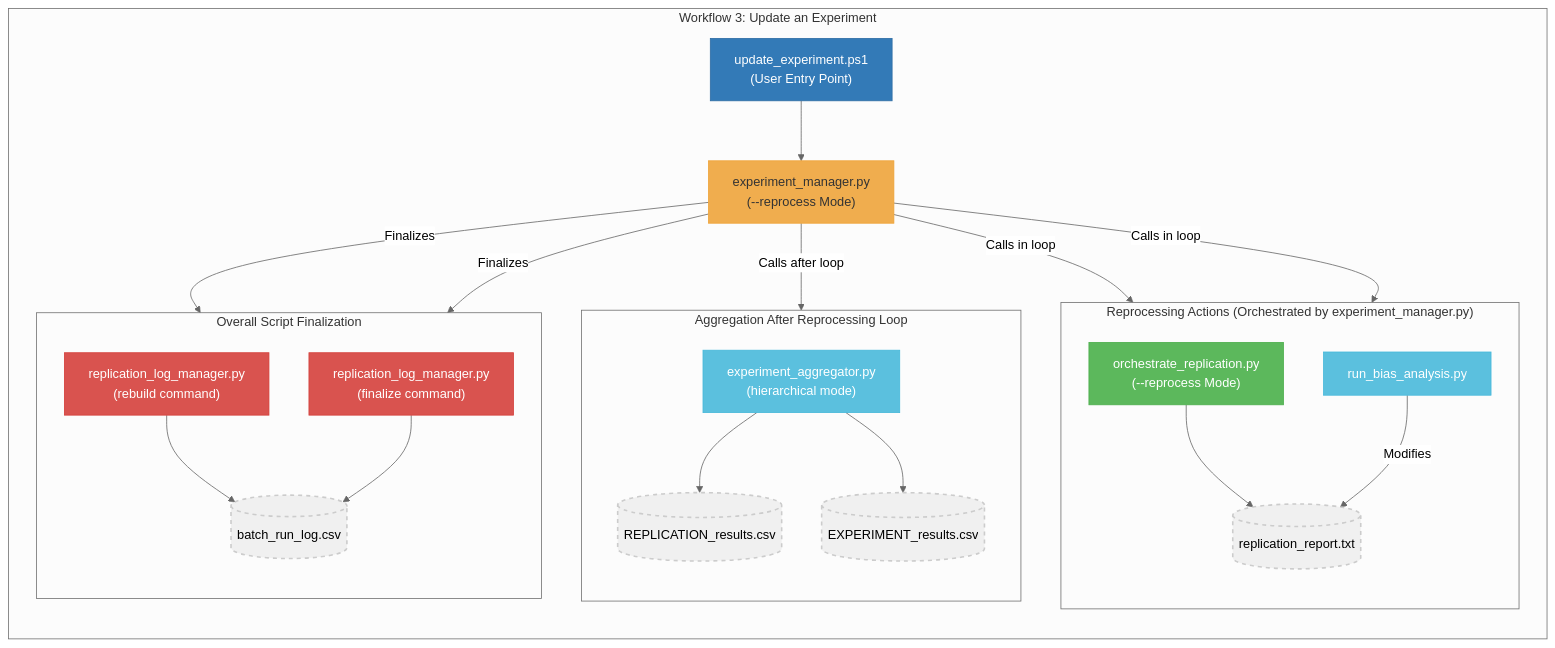
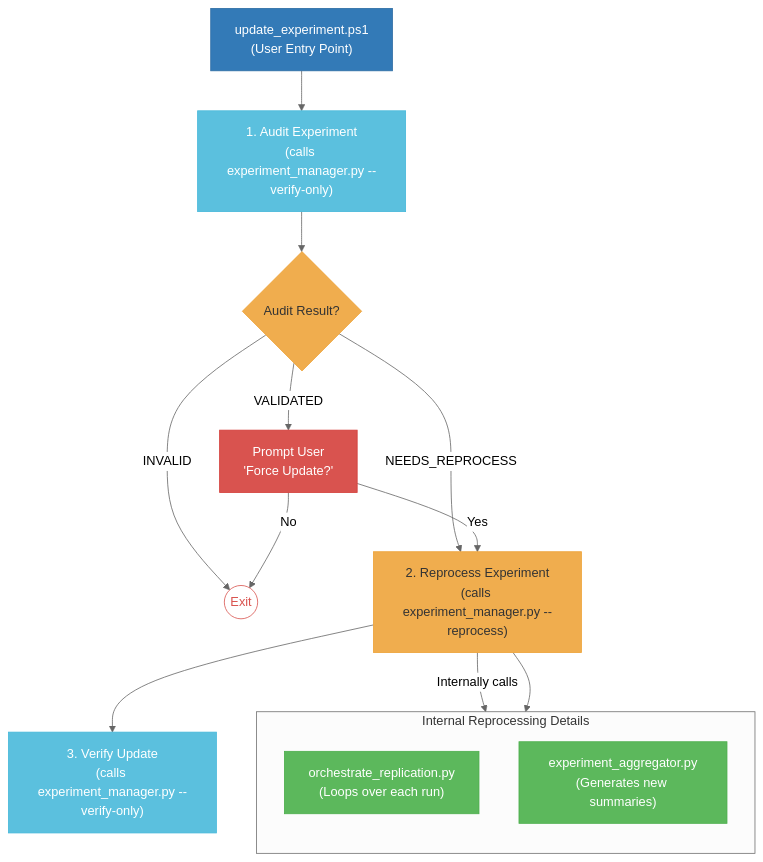
The diagram in docs/diagrams/architecture_workflow_3_update_experiment.mmd (peterjmarko/llm-narrative-framework), drawn with Mermaid (neutral theme) before and after one commit. The commit also changed 12 other files, not shown here.

```diff
--- a/docs/diagrams/architecture_workflow_3_update_experiment.mmd
+++ b/docs/diagrams/architecture_workflow_3_update_experiment.mmd
@@ -1,67 +1,45 @@
 graph TD
-    %% 1. Define all nodes first
+    %% 1. Nodes
     EntryPointPS["update_experiment.ps1<br/>(User Entry Point)"]:::entry_ps
-    EntryPointPy["experiment_manager.py<br/>(--reprocess Mode)"]:::entry_py
+    PreAudit["1. Audit Experiment<br/>(calls experiment_manager.py --verify-only)"]:::script
+    Decision{Audit Result?}:::decision
+    Prompt["Prompt User<br/>'Force Update?'"]:::user_interaction
+    Stop((Exit)):::stop_node
     
-    Orchestrate["orchestrate_replication.py<br/>(--reprocess Mode)"]:::layer_green
-    ReplicationReport[("replication_report.txt")]:::artifact
-    BiasAnalysis["run_bias_analysis.py"]:::script
+    Reprocess["2. Reprocess Experiment<br/>(calls experiment_manager.py --reprocess)"]:::entry_py
     
-    AggregatorInternal["experiment_aggregator.py<br/>(hierarchical mode)"]:::script
-    ReplResults[("REPLICATION_results.csv")]:::artifact
-    ExpResults[("EXPERIMENT_results.csv")]:::artifact
+    PostAudit["3. Verify Update<br/>(calls experiment_manager.py --verify-only)"]:::script
 
-    LogManagerRebuild["replication_log_manager.py<br/>(rebuild command)"]:::danger
-    LogManagerFinalize["replication_log_manager.py<br/>(finalize command)"]:::danger
-    BatchRunLog[("batch_run_log.csv")]:::artifact
+    %% Details of reprocessing, shown as a separate conceptual block
+    subgraph "Internal Reprocessing Details"
+      direction TB
+      Orchestrate["orchestrate_replication.py<br/>(Loops over each run)"]:::layer_green
+      Aggregator["experiment_aggregator.py<br/>(Generates new summaries)"]:::layer_green
+    end
+    
+    %% 2. Connections
+    EntryPointPS --> PreAudit
+    PreAudit --> Decision
+    
+    Decision -- "VALIDATED" --> Prompt
+    Decision -- "NEEDS_REPROCESS" --> Reprocess
+    Decision -- "INVALID" --> Stop
+    
+    Prompt -- "Yes" --> Reprocess
+    Prompt -- "No" --> Stop
+    
+    Reprocess -- "Internally calls" --> Orchestrate
+    Reprocess -- " " --> Aggregator
+    
+    Reprocess --> PostAudit
 
-    %% 2. Define connections
-    EntryPointPS --> EntryPointPy
-    EntryPointPy -- "Calls in loop" --> Orchestrate
-    Orchestrate --> ReplicationReport
-    EntryPointPy -- "Calls in loop" --> BiasAnalysis
-    BiasAnalysis -- "Modifies" --> ReplicationReport
-
-    %% New: Aggregation happens after reprocessing loop, within EM's control
-    EntryPointPy -- "Calls after loop" --> AggregatorInternal
-    AggregatorInternal --> ReplResults
-    AggregatorInternal --> ExpResults
-
-    %% Original Finalization Steps (executed once by overall experiment_manager.py)
-    EntryPointPy -- "Finalizes" --> LogManagerRebuild
-    LogManagerRebuild --> BatchRunLog
-    EntryPointPy -- "Finalizes" --> LogManagerFinalize
-    LogManagerFinalize --> BatchRunLog
-
-    %% 3. Group nodes into subgraphs
-    subgraph "Workflow 3: Update an Experiment"
-        direction TB
-        EntryPointPS
-        EntryPointPy
-        subgraph "Reprocessing Actions (Orchestrated by experiment_manager.py)"
-            direction TB
-            Orchestrate
-            ReplicationReport
-            BiasAnalysis
-        end
-        subgraph "Aggregation After Reprocessing Loop"
-            direction TB
-            AggregatorInternal
-            ReplResults
-            ExpResults
-        end
-        subgraph "Overall Script Finalization"
-            direction TB
-            LogManagerRebuild
-            BatchRunLog
-            LogManagerFinalize
-        end
-    end
-
-    %% 4. Styling
+    %% 3. Styling
     classDef entry_ps fill:#337ab7,stroke:#2e6da4,color:#fff;
+    classDef script fill:#5bc0de,stroke:#46b8da,color:#fff;
+    classDef decision fill:#f0ad4e,stroke:#eea236,color:#333;
+    classDef user_interaction fill:#d9534f,stroke:#d43f3a,color:#fff;
     classDef entry_py fill:#f0ad4e,stroke:#eea236,color:#333;
     classDef layer_green fill:#5cb85c,stroke:#4cae4c,color:#fff;
-    classDef script fill:#5bc0de,stroke:#46b8da,color:#fff;
-    classDef danger fill:#d9534f,stroke:#d43f3a,color:#fff;
-    classDef artifact fill:#f0f0f0,stroke:#ccc,stroke-width:2px,stroke-dasharray: 5 5;
+    classDef stop_node fill:#fff,stroke:#d9534f,color:#d9534f;
+    
+    class Stop stop_node;
```
